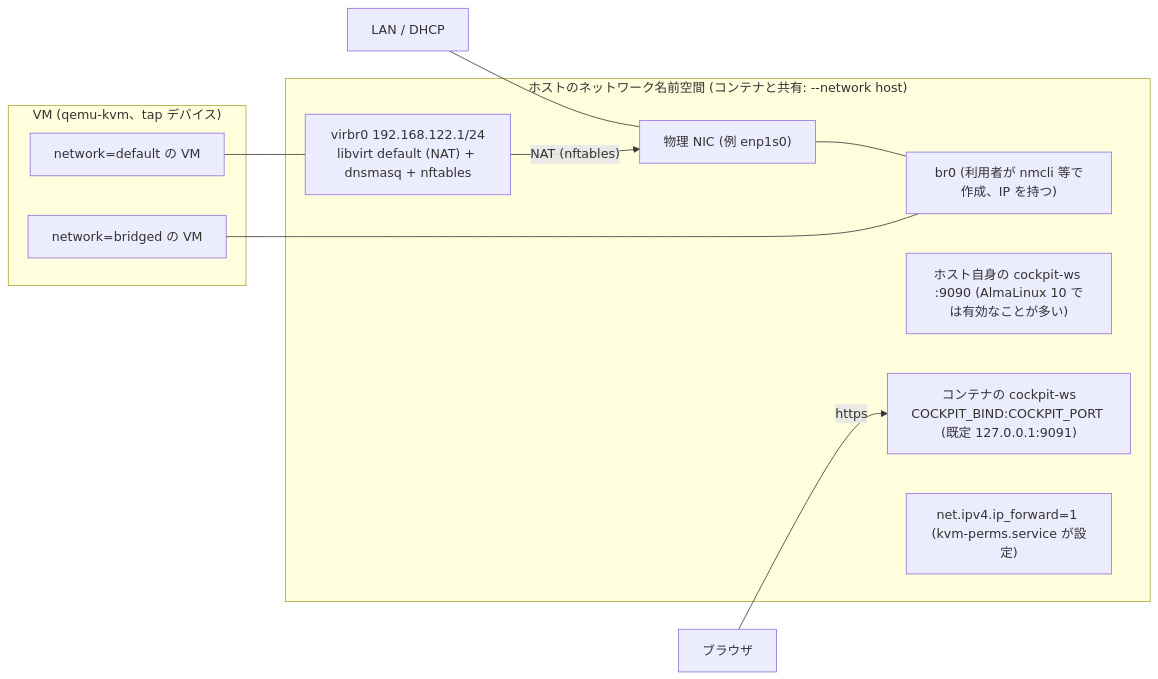
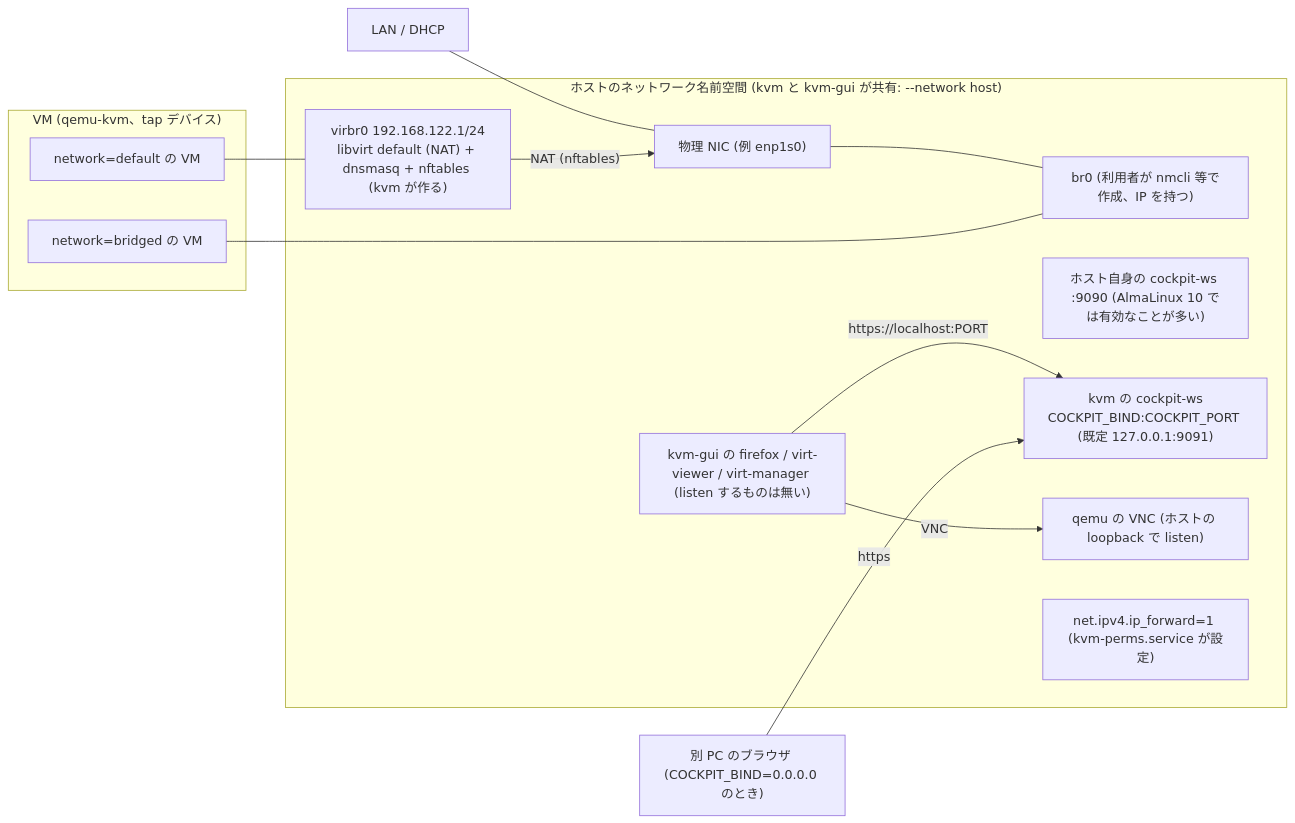
One commit to ryo-aoki-pc/kvm-container changed diagram 11 of 22 in docs/SPEC.md. Above: the diagram before and after it, drawn with Mermaid. The commit also changed other lines of this file, not shown here.

First line of the commit message:
docs/SPEC.md を 2 コンテナ構成 (kvm + kvm-gui) に合わせて全面更新する

````diff
--- a/docs/SPEC.md
+++ b/docs/SPEC.md
@@ -484,21 +616,25 @@
 ```mermaid
 flowchart LR
-  subgraph ns ["ホストのネットワーク名前空間 (コンテナと共有: --network host)"]
+  subgraph ns ["ホストのネットワーク名前空間 (kvm と kvm-gui が共有: --network host)"]
     nic["物理 NIC (例 enp1s0)"]
     br0["br0 (利用者が nmcli 等で作成、IP を持つ)"]
-    virbr0["virbr0 192.168.122.1/24<br/>libvirt default (NAT) + dnsmasq + nftables"]
+    virbr0["virbr0 192.168.122.1/24<br/>libvirt default (NAT) + dnsmasq + nftables (kvm が作る)"]
     hcock["ホスト自身の cockpit-ws :9090 (AlmaLinux 10 では有効なことが多い)"]
-    ccock["コンテナの cockpit-ws<br/>COCKPIT_BIND:COCKPIT_PORT (既定 127.0.0.1:9091)"]
+    ccock["kvm の cockpit-ws<br/>COCKPIT_BIND:COCKPIT_PORT (既定 127.0.0.1:9091)"]
+    vnc["qemu の VNC (ホストの loopback で listen)"]
     ipf["net.ipv4.ip_forward=1 (kvm-perms.service が設定)"]
+    gapps["kvm-gui の firefox / virt-viewer / virt-manager (listen するものは無い)"]
   end
   subgraph vms ["VM (qemu-kvm、tap デバイス)"]
     vmA["network=default の VM"]
     vmB["network=bridged の VM"]
   end
   lan["LAN / DHCP"] --- nic
   nic --- br0
   vmA --- virbr0
   vmB --- br0
   virbr0 -->|"NAT (nftables)"| nic
-  browser["ブラウザ"] -->|"https"| ccock
+  gapps -->|"https://localhost:PORT"| ccock
+  gapps -->|"VNC"| vnc
+  browser["別 PC のブラウザ (COCKPIT_BIND=0.0.0.0 のとき)"] -->|"https"| ccock
 ```
````
